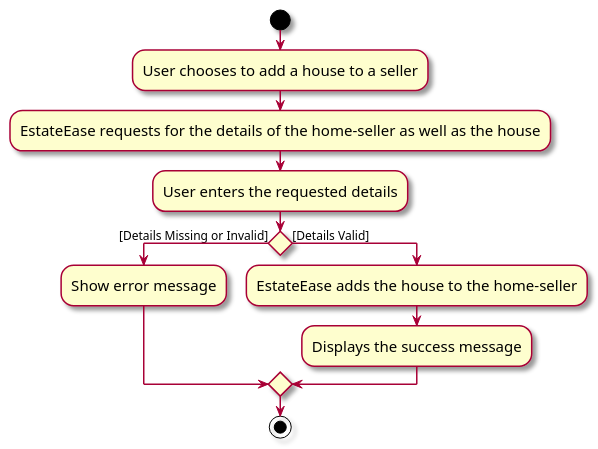
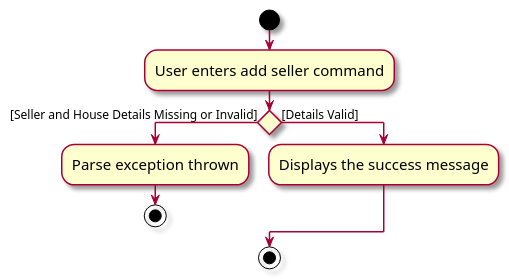
One commit to felixchanyy/tp changed the diagram in diagrams/AddSellerActivityDiagram.puml. Above: the diagram before and after it, drawn with PlantUML. The commit also changed 40 other files, not shown here.

```diff
--- a/diagrams/AddSellerActivityDiagram.puml
+++ b/diagrams/AddSellerActivityDiagram.puml
@@ -1,18 +1,16 @@
 @startuml
 skin rose
 skinparam ActivityFontSize 15
 skinparam ArrowFontSize 12
 start
-:User chooses to add a house to a seller;
-:EstateEase requests for the details of the home-seller as well as the house;
-:User enters the requested details;
+:User enters add seller command;
 
-if () then ([Details Missing or Invalid])
-    :Show error message;
+if () then ([Seller and House Details Missing or Invalid])
+    :Parse exception thrown;
+    stop
 else ([Details Valid])
-    :EstateEase adds the house to the home-seller;
     :Displays the success message;
 endif
 
 stop
 @enduml
```
